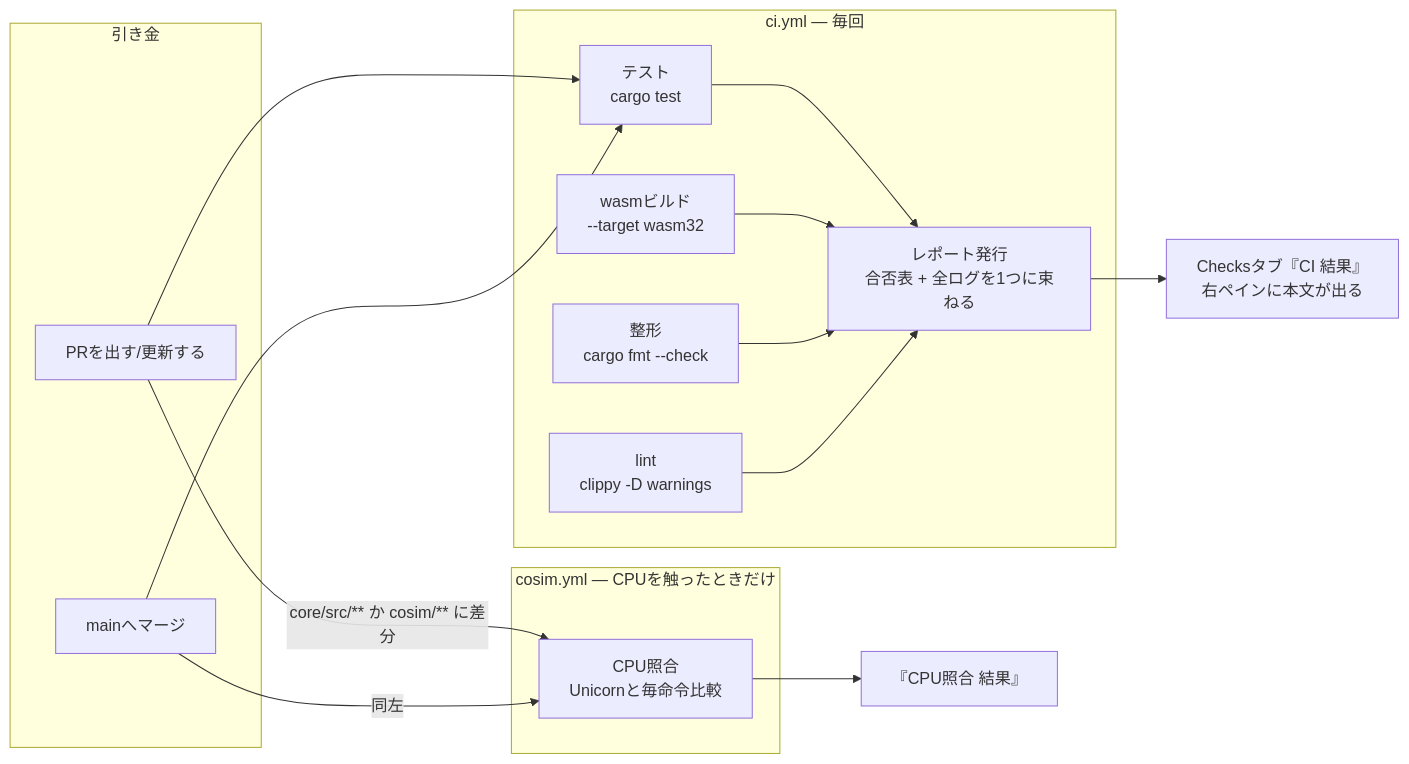
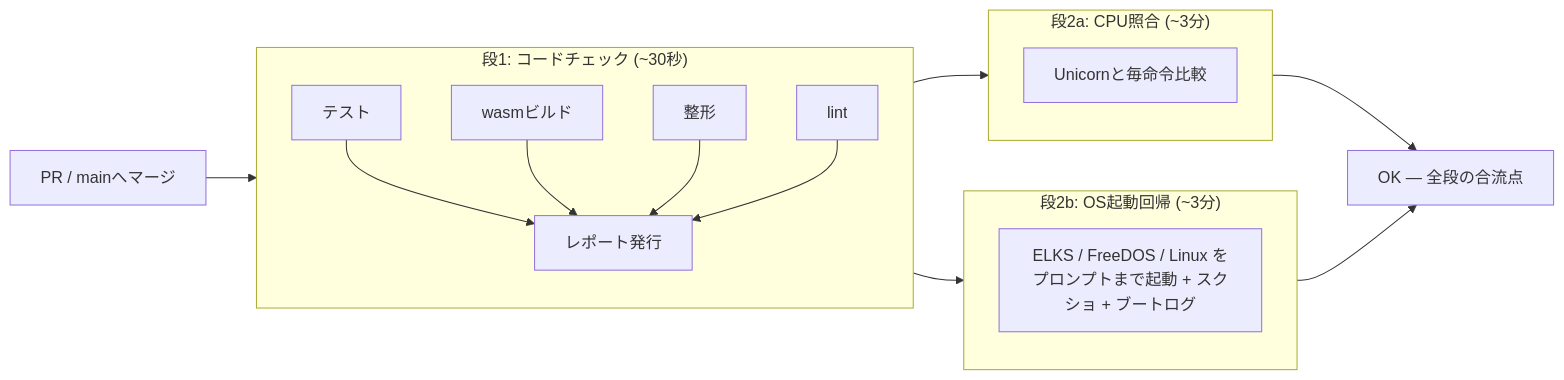
One commit to yoshiharu-ishii/rustx86 changed the diagram in docs/ci.md. Above: the diagram before and after it, drawn with Mermaid. The commit also changed other lines of this file and 3 other files, not shown here.

First line of the commit message:
CIをパイプライン化 — コードチェック → (CPU照合 ∥ OS起動回帰) → OK

````diff
--- a/docs/ci.md
+++ b/docs/ci.md
@@ -12,27 +16,19 @@
 ```mermaid
 flowchart LR
-    subgraph 引き金
-        PR[PRを出す/更新する]
-        PUSH[mainへマージ]
+    PR[PR / mainへマージ] --> CHECKJ
+
+    subgraph CHECKJ["段1: コードチェック (~30秒)"]
+        T[テスト] & W[wasmビルド] & F[整形] & L[lint] --> R[レポート発行]
     end
 
-    subgraph CIY["ci.yml — 毎回"]
-        T[テスト<br>cargo test]
-        W[wasmビルド<br>--target wasm32]
-        F[整形<br>cargo fmt --check]
-        L[lint<br>clippy -D warnings]
-        T & W & F & L --> R[レポート発行<br>合否表 + 全ログを1つに束ねる]
+    CHECKJ --> COS & REG
+
+    subgraph COS["段2a: CPU照合 (~3分)"]
+        C[Unicornと毎命令比較]
+    end
+    subgraph REG["段2b: OS起動回帰 (~3分)"]
+        G[ELKS / FreeDOS / Linux を<br>プロンプトまで起動 + スクショ + ブートログ]
     end
 
-    subgraph COS["cosim.yml — CPUを触ったときだけ"]
-        C[CPU照合<br>Unicornと毎命令比較]
-    end
-
-    PR --> T
-    PUSH --> T
-    PR -- "core/src/** か cosim/** に差分" --> C
-    PUSH -- 同左 --> C
-
-    R --> CHK["Checksタブ『CI 結果』<br>右ペインに本文が出る"]
-    C --> CHK2["『CPU照合 結果』"]
+    COS & REG --> OK[OK — 全段の合流点]
 ```
````
